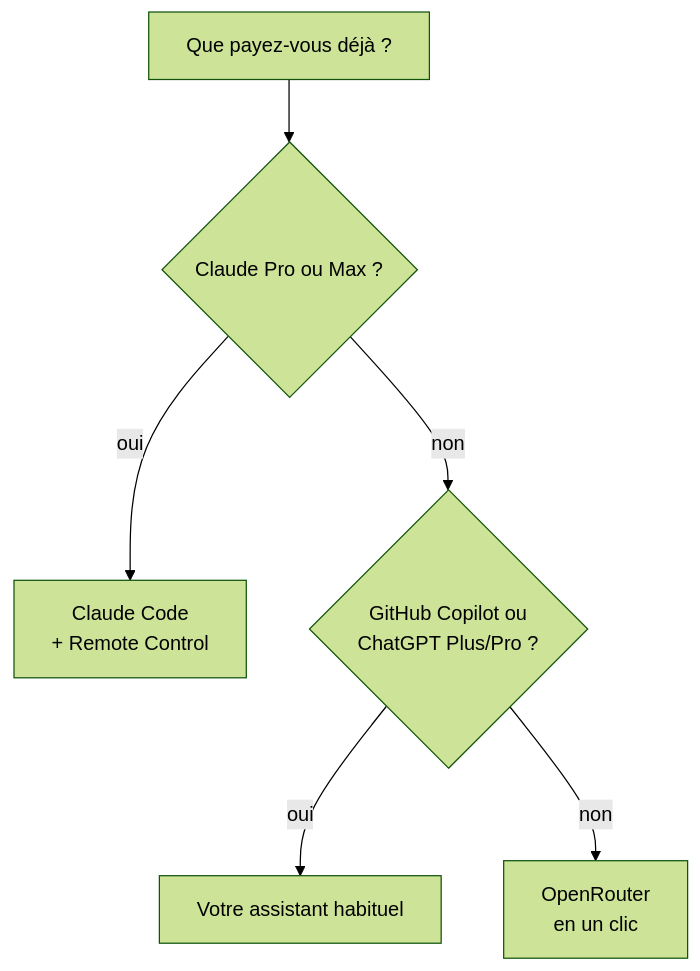
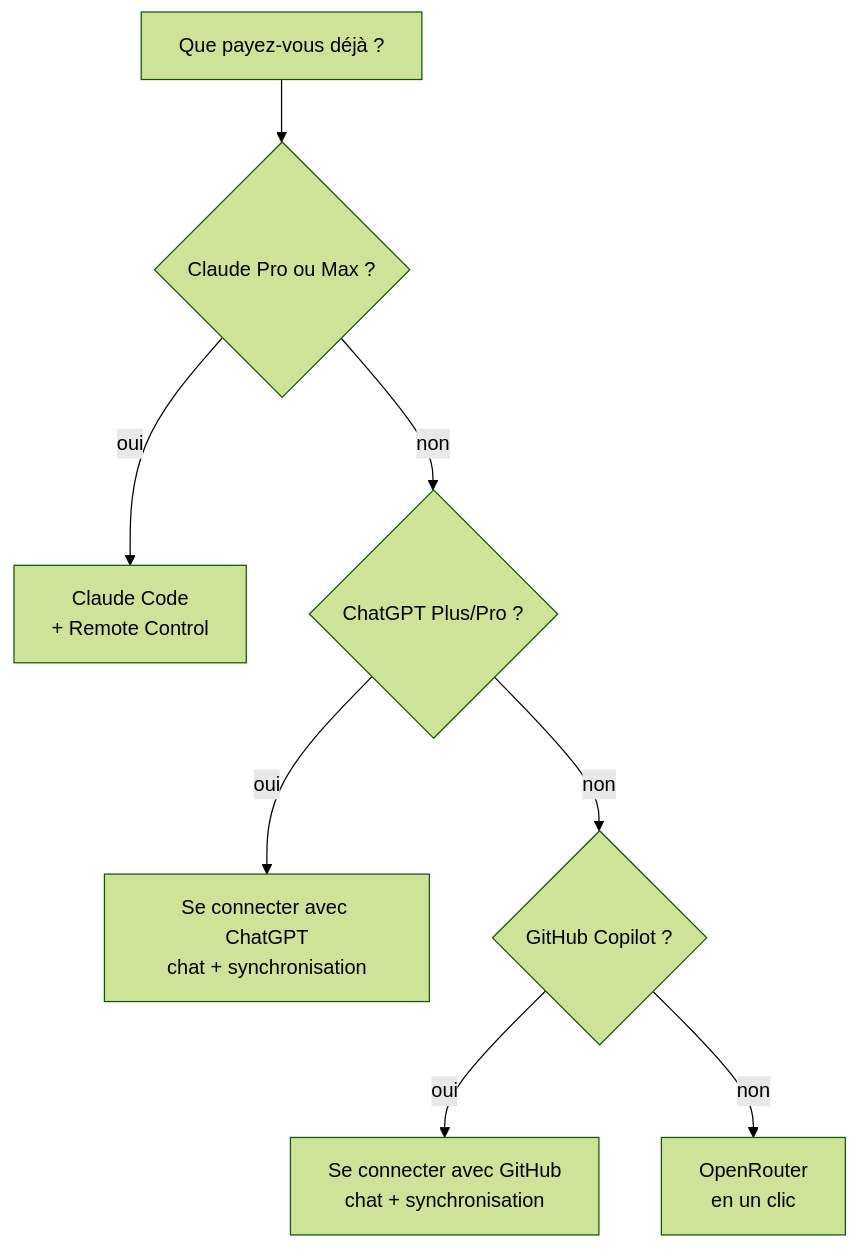
One commit to mmornati/ai-running-coach changed the diagram in docs/choisir-son-ia.md. Above: the diagram before and after it, drawn with Mermaid (forest theme). The commit also changed other lines of this file and 18 other files, not shown here.

First line of the commit message:
feat(llm) : abonnements ChatGPT et GitHub Copilot pour le chat et la sync (#266)

````diff
--- a/docs/choisir-son-ia.md
+++ b/docs/choisir-son-ia.md
@@ -8,8 +8,10 @@
 ```mermaid
 flowchart TD
     A[Que payez-vous déjà ?] --> B{Claude Pro ou Max ?}
     B -->|oui| C[Claude Code<br/>+ Remote Control]
-    B -->|non| D{GitHub Copilot ou<br/>ChatGPT Plus/Pro ?}
-    D -->|oui| E[Votre assistant habituel]
-    D -->|non| F[OpenRouter<br/>en un clic]
+    B -->|non| D{ChatGPT Plus/Pro ?}
+    D -->|oui| G[Se connecter avec ChatGPT<br/>chat + synchronisation]
+    D -->|non| H{GitHub Copilot ?}
+    H -->|oui| I[Se connecter avec GitHub<br/>chat + synchronisation]
+    H -->|non| F[OpenRouter<br/>en un clic]
 ```
````
